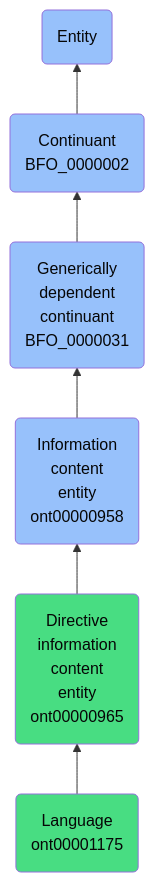
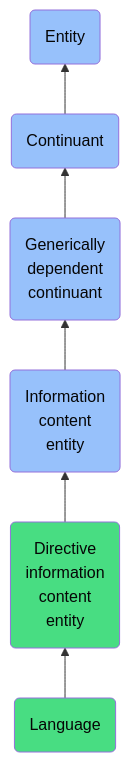
One commit to jupyter-naas/abi changed the diagram in docs/ontology/reference/model/Entity/Continuant/Generically dependent continuant/Information content entity/Directive information content entity/Language/Language.md. Above: the diagram before and after it, drawn with Mermaid. The commit also changed other lines of this file and 1430 other files, not shown here.

````diff
--- a/docs/ontology/reference/model/Entity/Continuant/Generically dependent continuant/Information content entity/Directive information content entity/Language/Language.md
+++ b/docs/ontology/reference/model/Entity/Continuant/Generically dependent continuant/Information content entity/Directive information content entity/Language/Language.md
@@ -24,13 +24,13 @@
 ```mermaid
 graph BT
-    ont00001175(Language<br>ont00001175):::ABI-->ont00000965
-    ont00000965(Directive<br>information<br>content<br>entity<br>ont00000965):::ABI-->ont00000958
-    ont00000958(Information<br>content<br>entity<br>ont00000958):::BFO-->BFO_0000031
-    BFO_0000031(Generically<br>dependent<br>continuant<br>BFO_0000031):::BFO-->BFO_0000002
-    BFO_0000002(Continuant<br>BFO_0000002):::BFO-->BFO_0000001
+    ont00001175(Language):::ABI-->ont00000965
+    ont00000965(Directive<br>information<br>content<br>entity):::ABI-->ont00000958
+    ont00000958(Information<br>content<br>entity):::BFO-->BFO_0000031
+    BFO_0000031(Generically<br>dependent<br>continuant):::BFO-->BFO_0000002
+    BFO_0000002(Continuant):::BFO-->BFO_0000001
     BFO_0000001(Entity):::BFO
     
     classDef BFO fill:#97c1fb,color:#060606
     classDef CCO fill:#e4c51e,color:#060606
     classDef ABI fill:#48DD82,color:#060606
 ```
````
